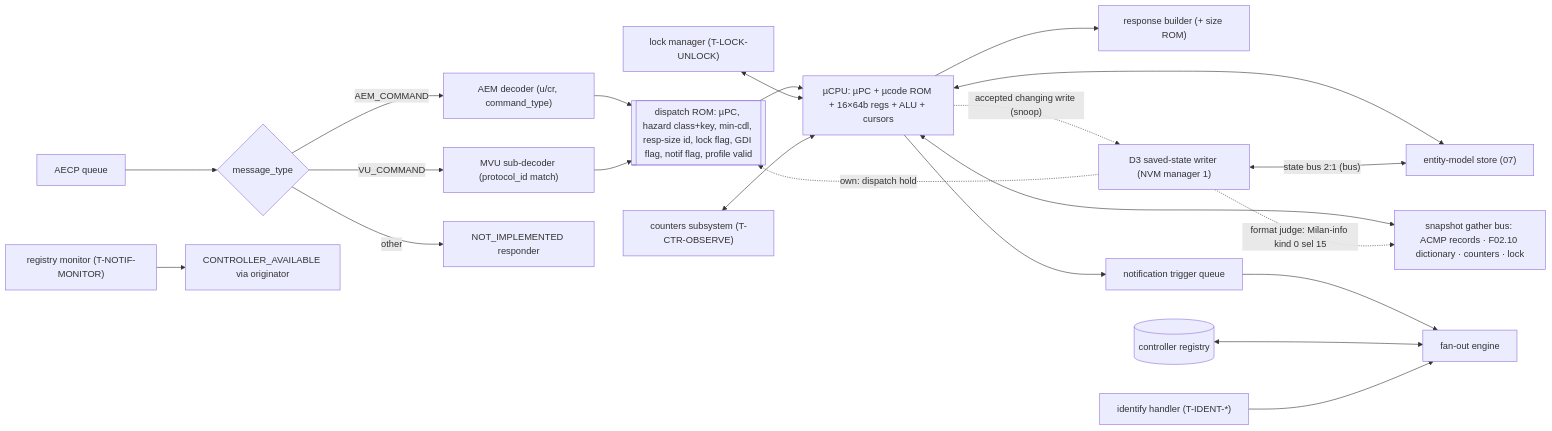
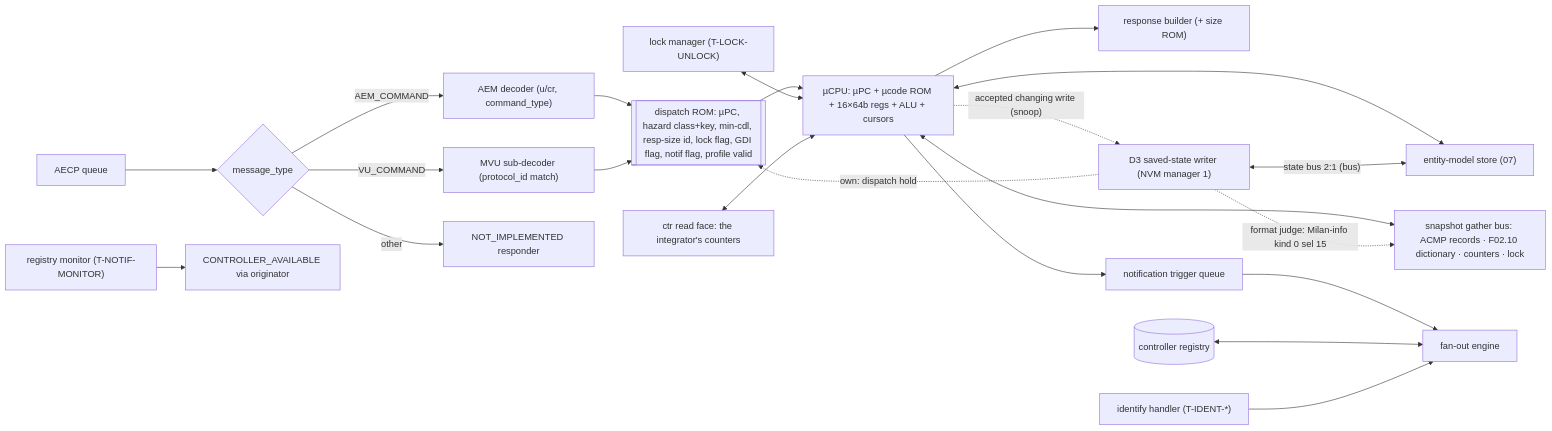
The first of 8 diagrams in docs/architecture/06_aecp_engine.md (Mister-M-alt/protocol-processor-control-plane-avb-milan), drawn with Mermaid before and after one commit. The commit also changed other lines of this file and 7 other files, not shown here.

Commit message:
Document the ctr_* face per descriptor type and record GAP-05's decision: the integrator keeps every counter, the processor keeps none

````diff
--- a/docs/architecture/06_aecp_engine.md
+++ b/docs/architecture/06_aecp_engine.md
@@ -131,24 +132,24 @@
 ```mermaid
 flowchart LR
   q["AECP queue"] --> demux{"message_type"}
   demux -- AEM_COMMAND --> aemdec["AEM decoder (u/cr, command_type)"]
   demux -- VU_COMMAND --> mvudec["MVU sub-decoder (protocol_id match)"]
   demux -- other --> ni["NOT_IMPLEMENTED responder"]
   aemdec --> disprom[["dispatch ROM: µPC, hazard class+key, min-cdl, resp-size id, lock flag, GDI flag, notif flag, profile valid"]]
   mvudec --> disprom
   disprom --> ucpu["µCPU: µPC + µcode ROM + 16×64b regs + ALU + cursors"]
   ucpu <--> model["entity-model store (07)"]
   ucpu <--> gather["snapshot gather bus: ACMP records · F02.10 dictionary · counters · lock"]
   ucpu --> rb["response builder (+ size ROM)"]
   ucpu --> notifq["notification trigger queue"]
   notifq --> fan["fan-out engine"]
   reg[("controller registry")] <--> fan
   mon["registry monitor (T-NOTIF-MONITOR)"] --> ca["CONTROLLER_AVAILABLE via originator"]
   lockm["lock manager (T-LOCK-UNLOCK)"] <--> ucpu
-  ctrs["counters subsystem (T-CTR-OBSERVE)"] <--> ucpu
+  ctrs["ctr read face: the integrator's counters"] <--> ucpu
   idh["identify handler (T-IDENT-*)"] --> fan
   d3["D3 saved-state writer (NVM manager 1)"] -. "own: dispatch hold" .-> disprom
   d3 <-- "state bus 2:1 (bus)" --> model
   ucpu -. "accepted changing write (snoop)" .-> d3
   d3 -. "format judge: Milan-info kind 0 sel 15" .-> gather
 ```
````
